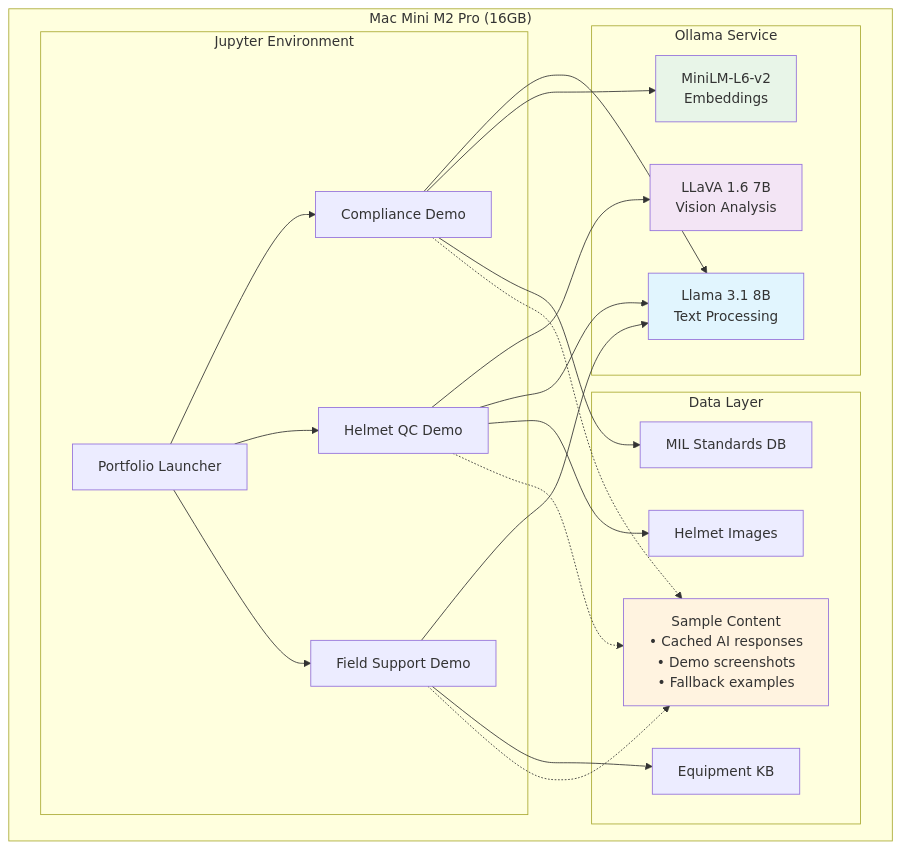
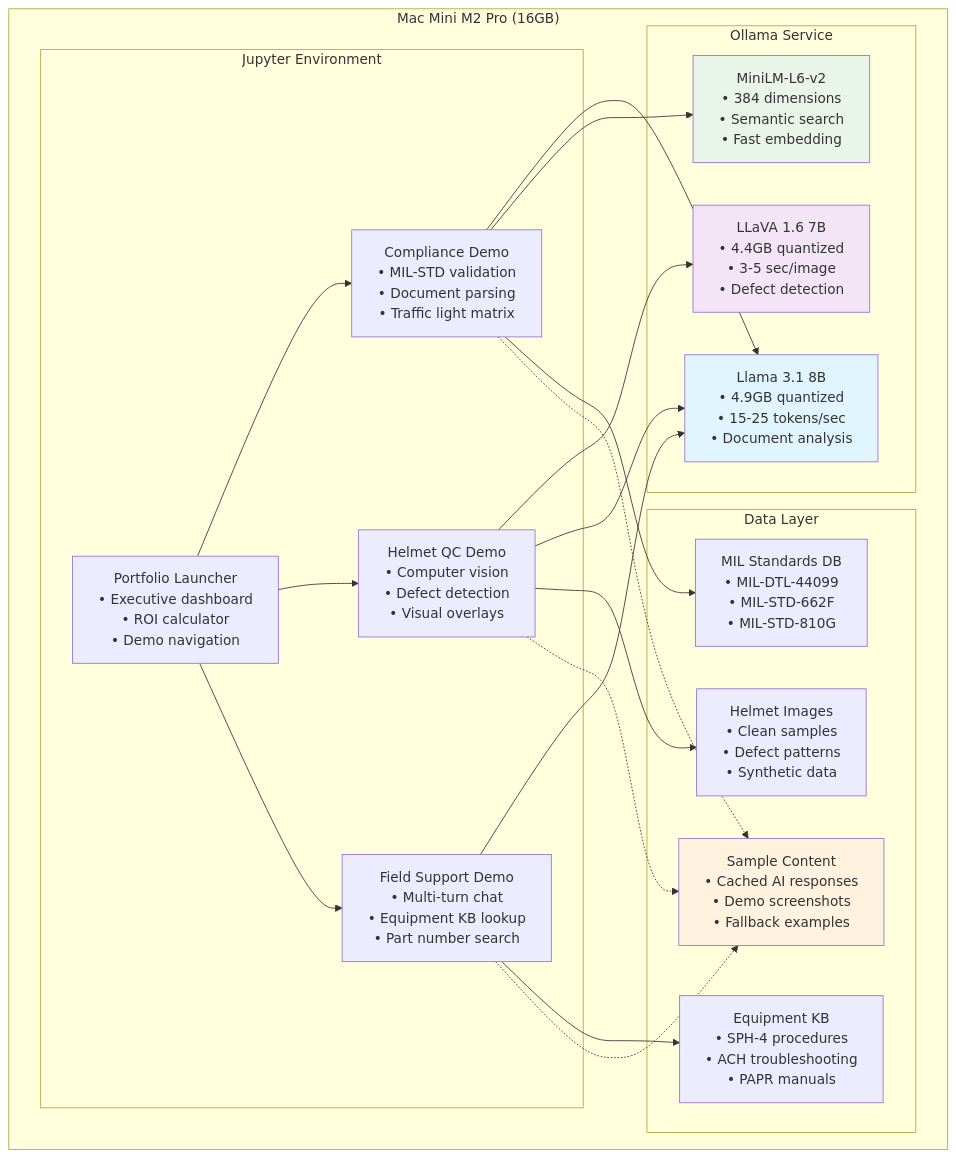
One commit to michaeloboyle/ai-demos changed the first of 6 diagrams in docs/gentex-ai-demo-specification.md. Above: the diagram before and after it, drawn with Mermaid.

Commit message:
Add comprehensive node details to architecture diagram
- Jupyter Environment: Add specific capabilities per demo notebook
- Ollama Service: Include model sizes, performance metrics, and use cases
- Data Layer: Detail specific standards, equipment types, and content
- Enhanced visual clarity with consistent bullet-point formatting
- Technical specifications now visible at architecture level

🤖 Generated with [Claude Code](https://claude.ai/code)

````diff
--- a/docs/gentex-ai-demo-specification.md
+++ b/docs/gentex-ai-demo-specification.md
@@ -52,49 +52,49 @@
 ```mermaid
 graph TD
     subgraph "Mac Mini M2 Pro (16GB)"
         subgraph "Jupyter Environment"
-            PL[Portfolio Launcher]
-            CD[Compliance Demo]
-            HQ[Helmet QC Demo]
-            FS[Field Support Demo]
+            PL[Portfolio Launcher<br/>• Executive dashboard<br/>• ROI calculator<br/>• Demo navigation]
+            CD[Compliance Demo<br/>• MIL-STD validation<br/>• Document parsing<br/>• Traffic light matrix]
+            HQ[Helmet QC Demo<br/>• Computer vision<br/>• Defect detection<br/>• Visual overlays]
+            FS[Field Support Demo<br/>• Multi-turn chat<br/>• Equipment KB lookup<br/>• Part number search]
         end
 
         subgraph "Ollama Service"
-            LLM[Llama 3.1 8B<br/>Text Processing]
-            VLM[LLaVA 1.6 7B<br/>Vision Analysis]
-            EMB[MiniLM-L6-v2<br/>Embeddings]
+            LLM[Llama 3.1 8B<br/>• 4.9GB quantized<br/>• 15-25 tokens/sec<br/>• Document analysis]
+            VLM[LLaVA 1.6 7B<br/>• 4.4GB quantized<br/>• 3-5 sec/image<br/>• Defect detection]
+            EMB[MiniLM-L6-v2<br/>• 384 dimensions<br/>• Semantic search<br/>• Fast embedding]
         end
 
         subgraph "Data Layer"
-            MS[MIL Standards DB]
-            EK[Equipment KB]
-            HI[Helmet Images]
+            MS[MIL Standards DB<br/>• MIL-DTL-44099<br/>• MIL-STD-662F<br/>• MIL-STD-810G]
+            EK[Equipment KB<br/>• SPH-4 procedures<br/>• ACH troubleshooting<br/>• PAPR manuals]
+            HI[Helmet Images<br/>• Clean samples<br/>• Defect patterns<br/>• Synthetic data]
             SC[Sample Content<br/>• Cached AI responses<br/>• Demo screenshots<br/>• Fallback examples]
         end
     end
 
     PL --> CD
     PL --> HQ
     PL --> FS
 
     CD --> LLM
     CD --> EMB
     CD --> MS
 
     HQ --> VLM
     HQ --> LLM
     HQ --> HI
 
     FS --> LLM
     FS --> EK
 
     %% Fallback connections for offline/cached content
     CD -.-> SC
     HQ -.-> SC
     FS -.-> SC
 
     style LLM fill:#e1f5fe
     style VLM fill:#f3e5f5
     style EMB fill:#e8f5e8
     style SC fill:#fff3e0
 ```
````
